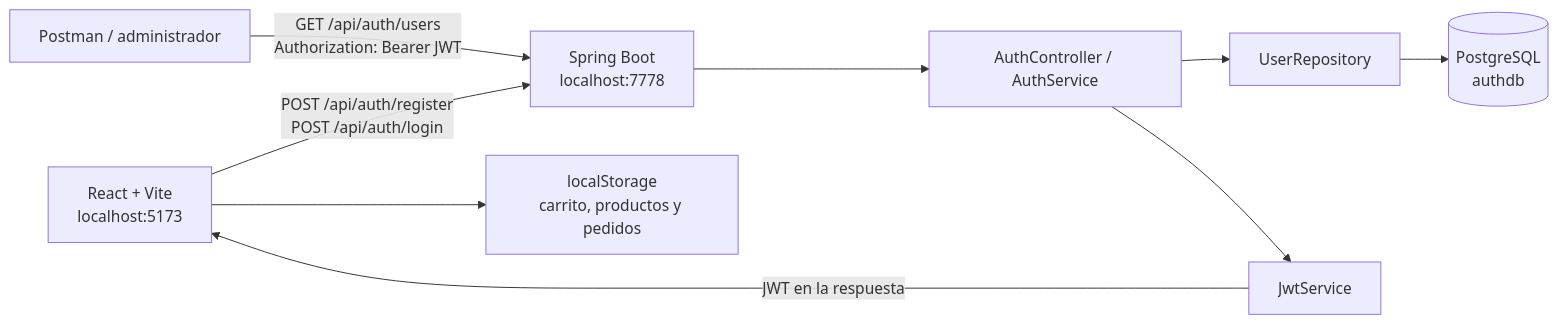
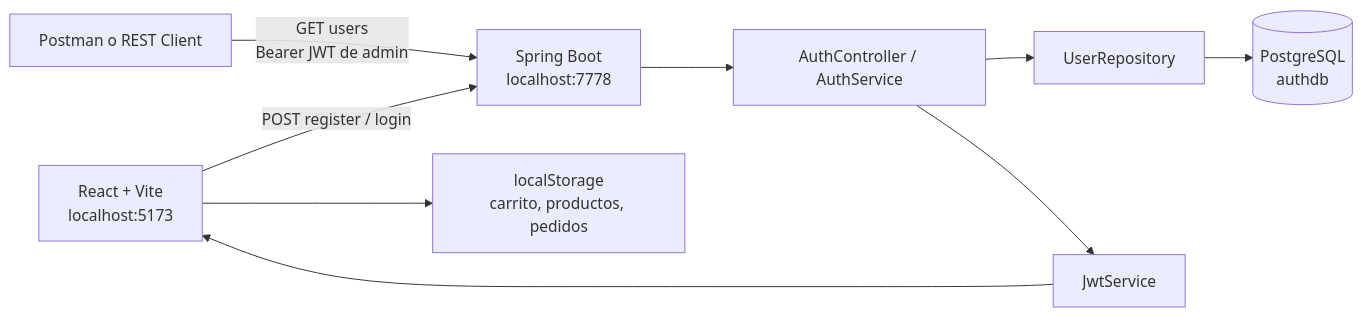
Before and after one commit to axbrogi23/AkumaTech_SpringBoot: the diagram in README.MD, drawn with Mermaid. The commit also changed other lines of this file, not shown here.

````diff
--- a/README.MD
+++ b/README.MD
@@ -46,11 +45,11 @@
 ```mermaid
 flowchart LR
-    Browser[React + Vite<br/>localhost:5173] -->|POST /api/auth/register<br/>POST /api/auth/login| API[Spring Boot<br/>localhost:7778]
-    Admin[Postman / administrador] -->|GET /api/auth/users<br/>Authorization: Bearer JWT| API
+    Browser[React + Vite<br/>localhost:5173] -->|POST register / login| API[Spring Boot<br/>localhost:7778]
+    Admin[Postman o REST Client] -->|GET users<br/>Bearer JWT de admin| API
     API --> Auth[AuthController / AuthService]
     Auth --> Repo[UserRepository]
     Repo --> DB[(PostgreSQL<br/>authdb)]
     Auth --> JWT[JwtService]
-    JWT -->|JWT en la respuesta| Browser
-    Browser --> Local[localStorage<br/>carrito, productos y pedidos]
+    JWT --> Browser
+    Browser --> Local[localStorage<br/>carrito, productos, pedidos]
 ```
````
